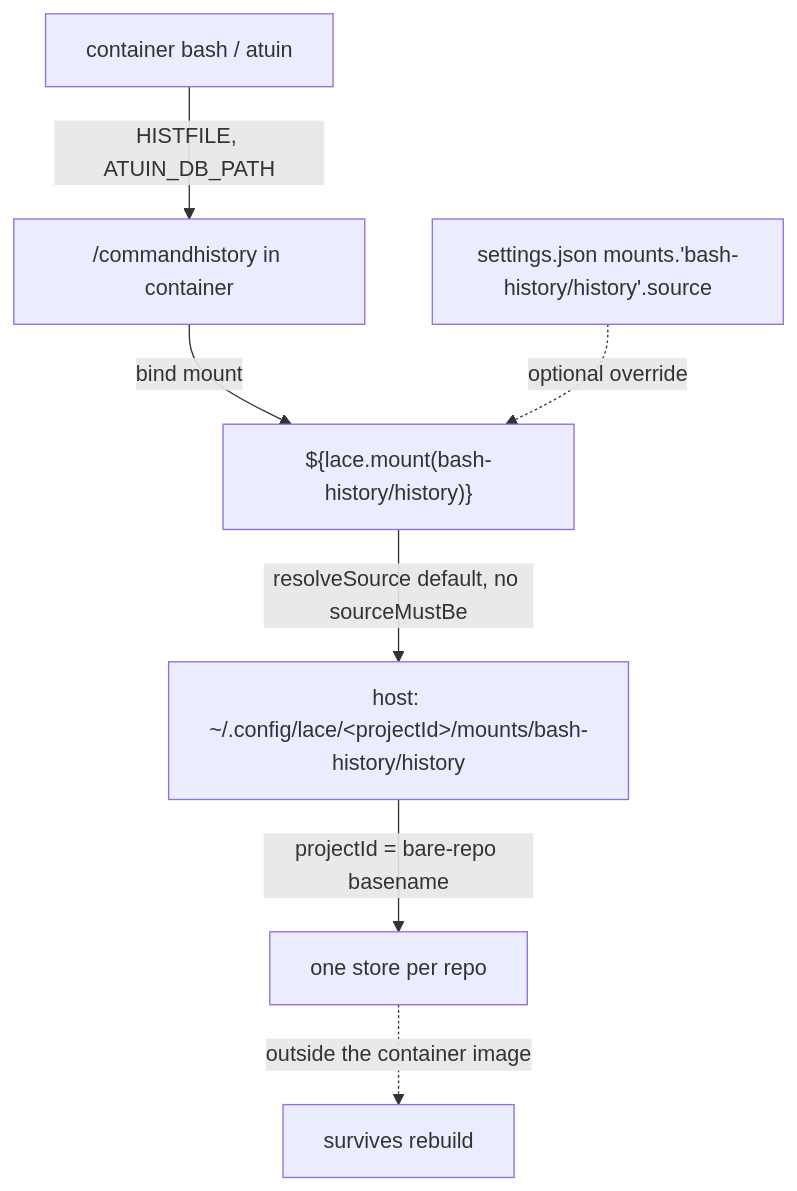
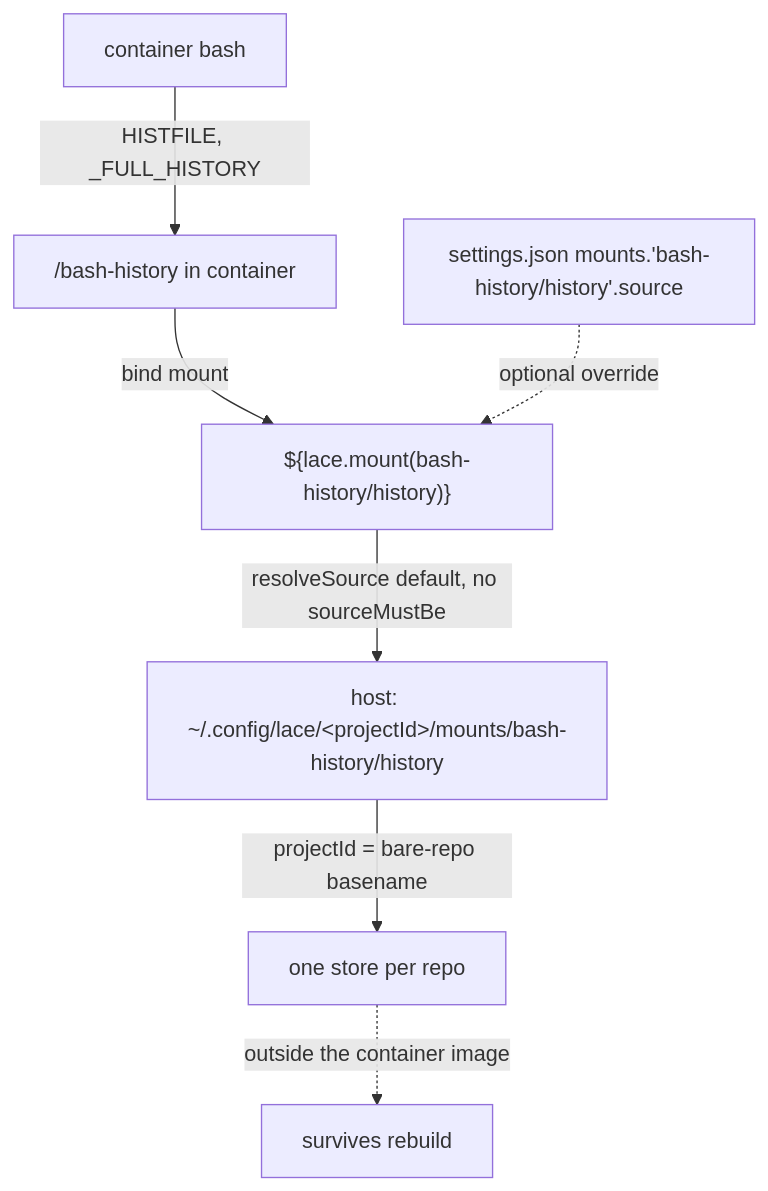
Before and after one commit to micimize/dotfiles: the second of 2 diagrams in cdocs/proposals/2026-09-01-lace-persistent-bash-history.md, drawn with Mermaid. The commit also changed other lines of this file and 1 other file, not shown here.

First line of the commit message:
docs(cdocs): revise lace bash-history to plaintext-only, endless+timestamped (r2 accept)

````diff
--- a/cdocs/proposals/2026-09-01-lace-persistent-bash-history.md
+++ b/cdocs/proposals/2026-09-01-lace-persistent-bash-history.md
@@ -178,9 +172,9 @@
 ```mermaid
 flowchart TD
-    A["container bash / atuin"] -->|HISTFILE, ATUIN_DB_PATH| B["/commandhistory in container"]
+    A["container bash"] -->|"HISTFILE, _FULL_HISTORY"| B["/bash-history in container"]
     B -->|bind mount| C["${lace.mount(bash-history/history)}"]
     C -->|resolveSource default, no sourceMustBe| D["host: ~/.config/lace/&lt;projectId&gt;/mounts/bash-history/history"]
     D -->|projectId = bare-repo basename| E["one store per repo"]
     E -.->|outside the container image| F["survives rebuild"]
     G["settings.json mounts.'bash-history/history'.source"] -.->|optional override| C
 ```
````
